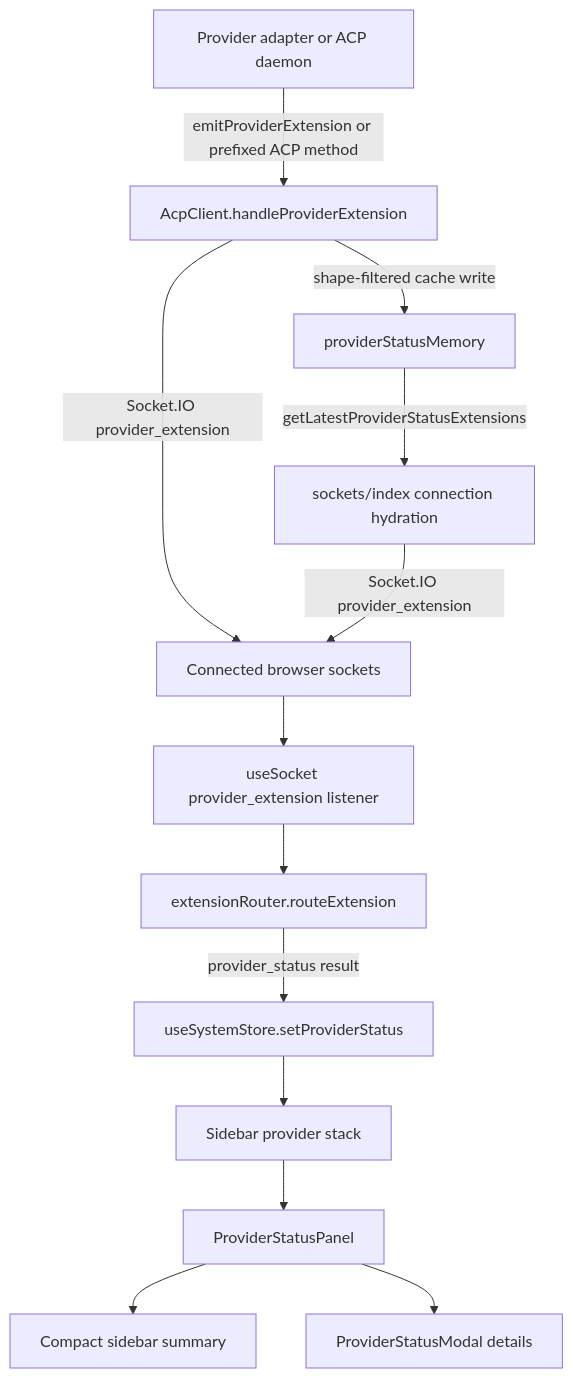
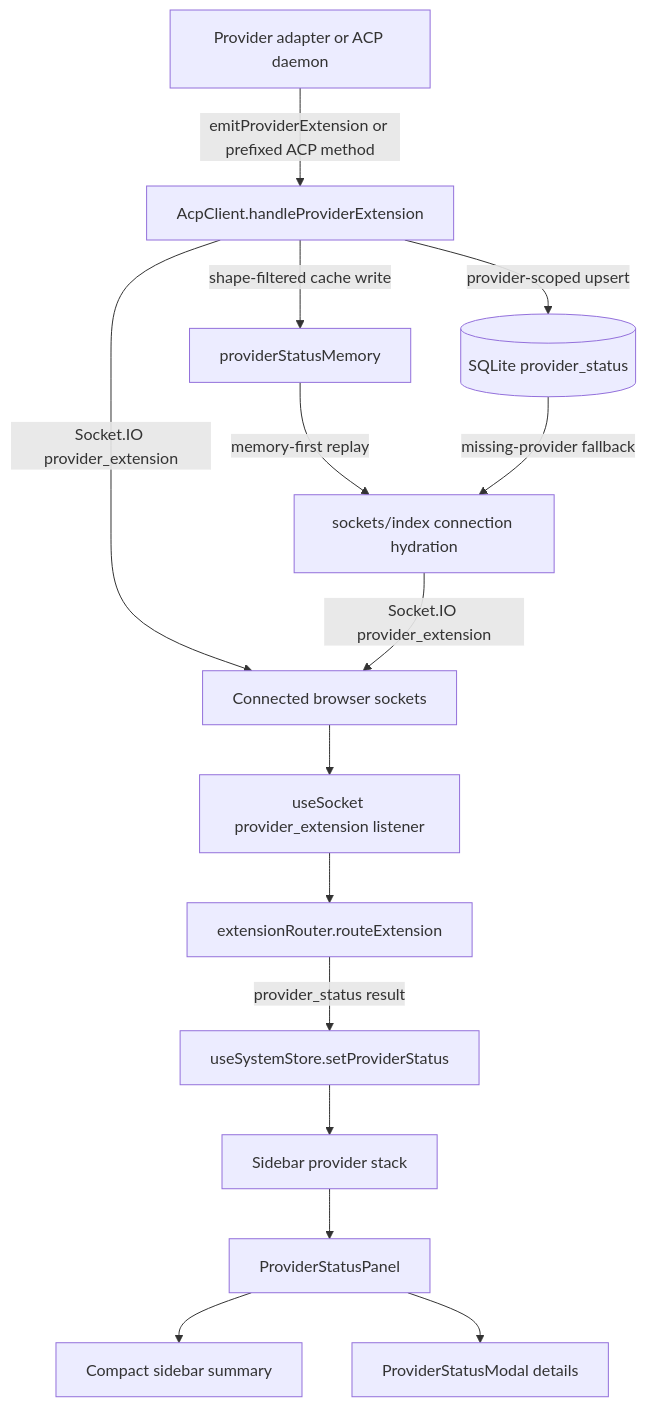
One commit to BitsInBytes/AcpUI changed the diagram in documents/[Feature Doc] - Provider Status Panel.md. Above: the diagram before and after it, drawn with Mermaid. The commit also changed other lines of this file and 68 other files, not shown here.

````diff
--- a/documents/[Feature Doc] - Provider Status Panel.md
+++ b/documents/[Feature Doc] - Provider Status Panel.md
@@ -217,16 +245,18 @@
 ```mermaid
 flowchart TD
   Provider[Provider adapter or ACP daemon] -->|emitProviderExtension or prefixed ACP method| AcpClient[AcpClient.handleProviderExtension]
   AcpClient -->|shape-filtered cache write| Memory[providerStatusMemory]
+  AcpClient -->|provider-scoped upsert| DB[(SQLite provider_status)]
   AcpClient -->|Socket.IO provider_extension| SocketLive[Connected browser sockets]
-  Memory -->|getLatestProviderStatusExtensions| SocketConnect[sockets/index connection hydration]
+  Memory -->|memory-first replay| SocketConnect[sockets/index connection hydration]
+  DB -->|missing-provider fallback| SocketConnect
   SocketConnect -->|Socket.IO provider_extension| SocketLive
 
   SocketLive --> UseSocket[useSocket provider_extension listener]
   UseSocket --> Router[extensionRouter.routeExtension]
   Router -->|provider_status result| SystemStore[useSystemStore.setProviderStatus]
   SystemStore --> Sidebar[Sidebar provider stack]
   Sidebar --> Panel[ProviderStatusPanel]
   Panel --> Compact[Compact sidebar summary]
   Panel --> Modal[ProviderStatusModal details]
 ```
````
